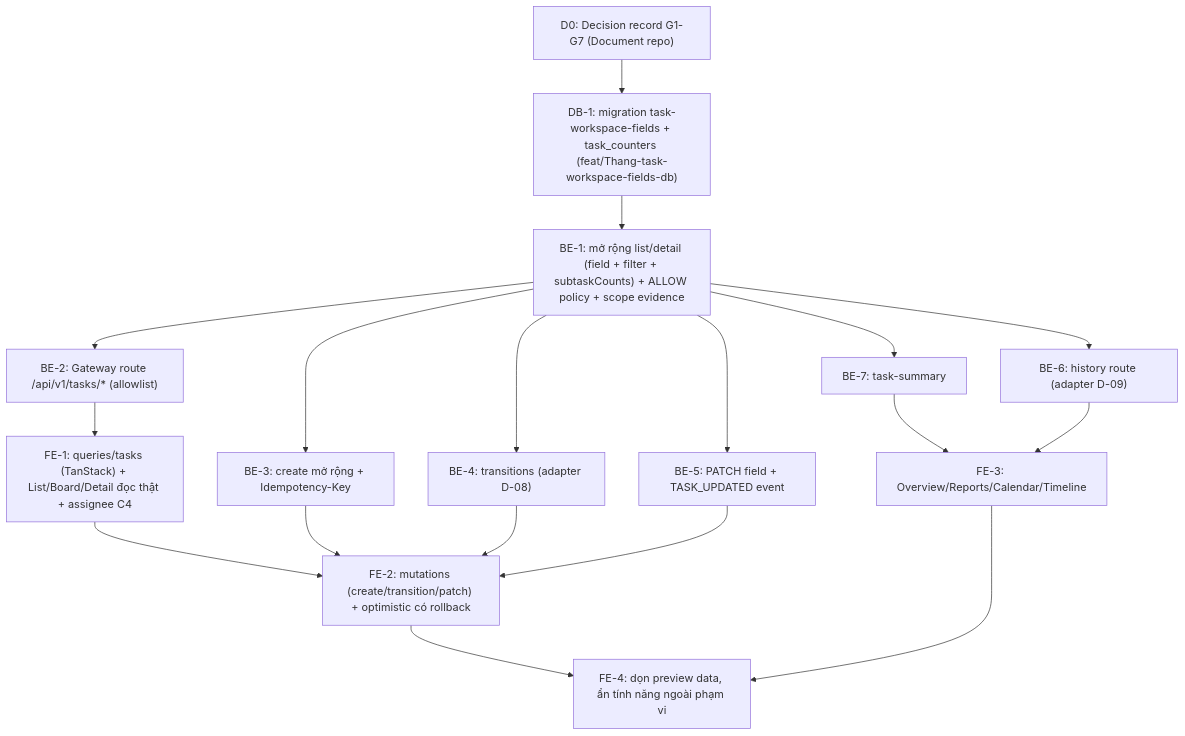
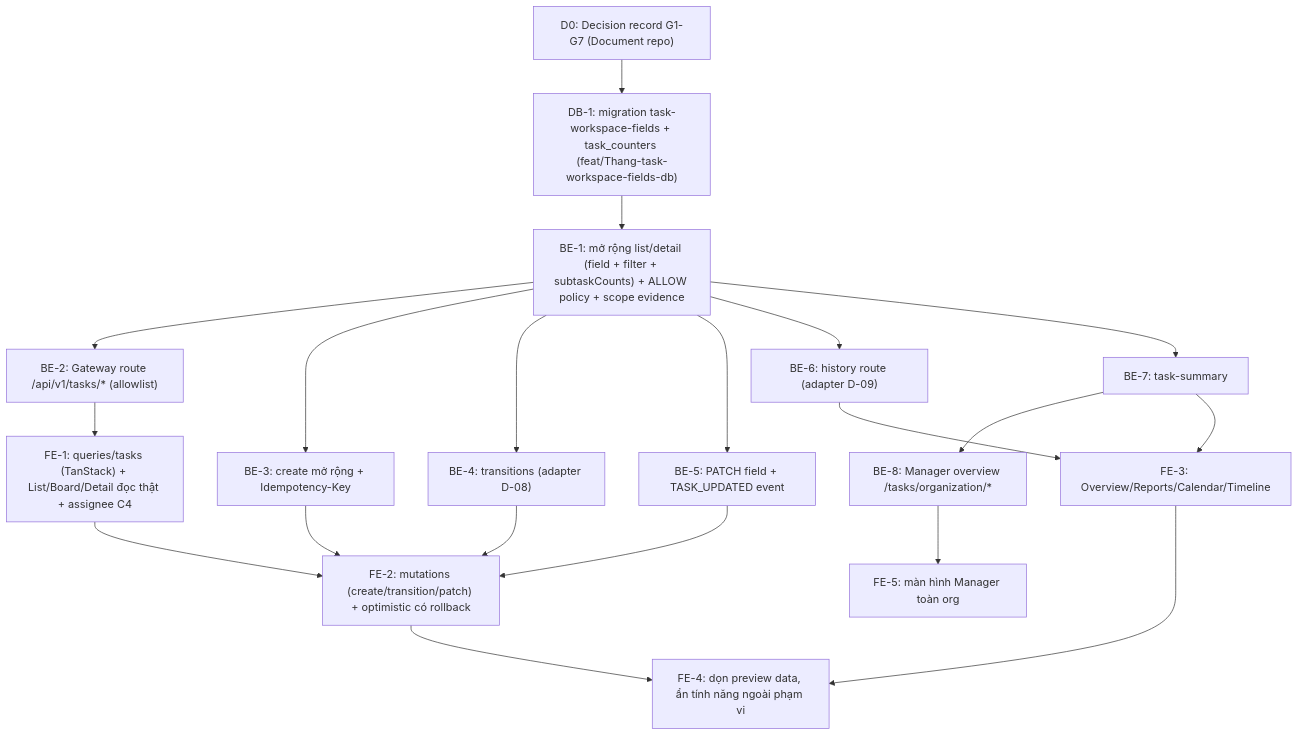
Before and after one commit to DATN-SPRING2027/DATN-BE: the diagram in docs/workspace/06-implementation-plan.md, drawn with Mermaid. The commit also changed other lines of this file and 10 other files, not shown here.

First line of the commit message:
docs(workspace): add Manager org-wide task model, permission matrix and org query benchmark

````diff
--- a/docs/workspace/06-implementation-plan.md
+++ b/docs/workspace/06-implementation-plan.md
@@ -18,20 +18,22 @@
 ```mermaid
 flowchart TD
   D0["D0: Decision record G1-G7 (Document repo)"] --> D1
   D1["DB-1: migration task-workspace-fields + task_counters (feat/Thang-task-workspace-fields-db)"] --> B1
   B1["BE-1: mở rộng list/detail (field + filter + subtaskCounts) + ALLOW policy + scope evidence"] --> B2
   B2["BE-2: Gateway route /api/v1/tasks/* (allowlist)"] --> F1
   B1 --> B3["BE-3: create mở rộng + Idempotency-Key"]
   B1 --> B4["BE-4: transitions (adapter D-08)"]
   B1 --> B5["BE-5: PATCH field + TASK_UPDATED event"]
   B1 --> B6["BE-6: history route (adapter D-09)"]
   B1 --> B7["BE-7: task-summary"]
+  B7 --> B8["BE-8: Manager overview /tasks/organization/*"]
+  B8 --> F5["FE-5: màn hình Manager toàn org"]
   F1["FE-1: queries/tasks (TanStack) + List/Board/Detail đọc thật + assignee C4"] --> F2["FE-2: mutations (create/transition/patch) + optimistic có rollback"]
   B3 --> F2
   B4 --> F2
   B5 --> F2
   B7 --> F3["FE-3: Overview/Reports/Calendar/Timeline"]
   B6 --> F3
   F2 --> F4["FE-4: dọn preview data, ẩn tính năng ngoài phạm vi"]
   F3 --> F4
 ```
````
